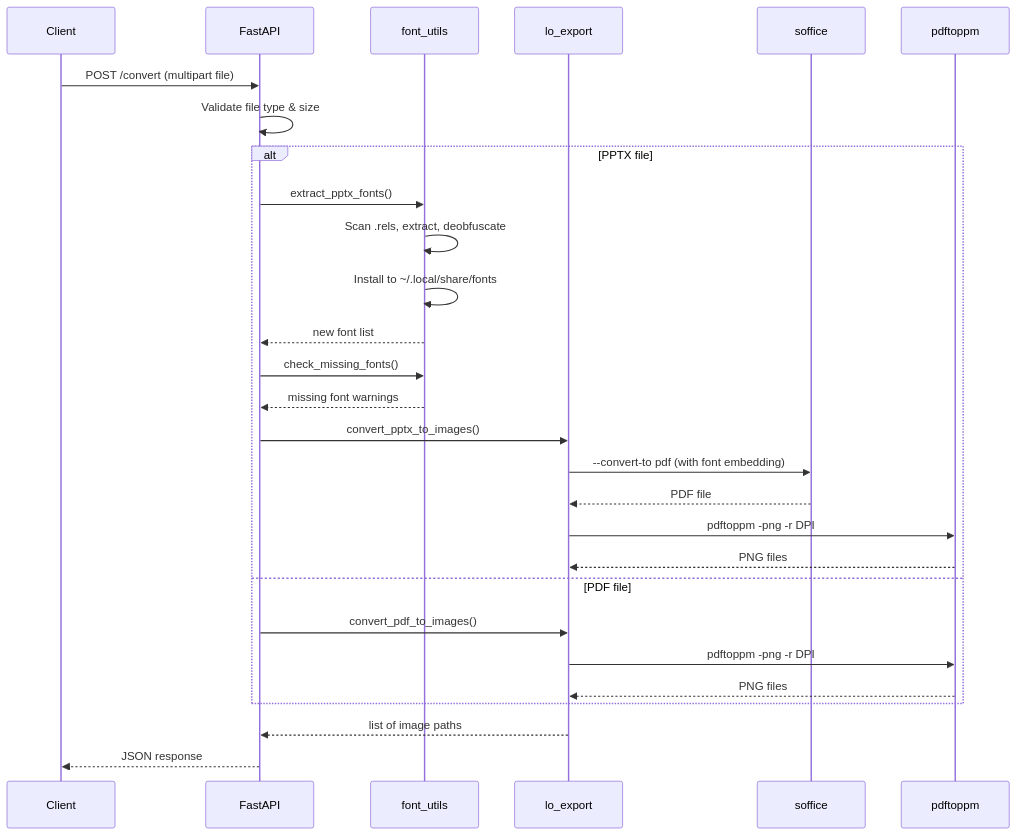
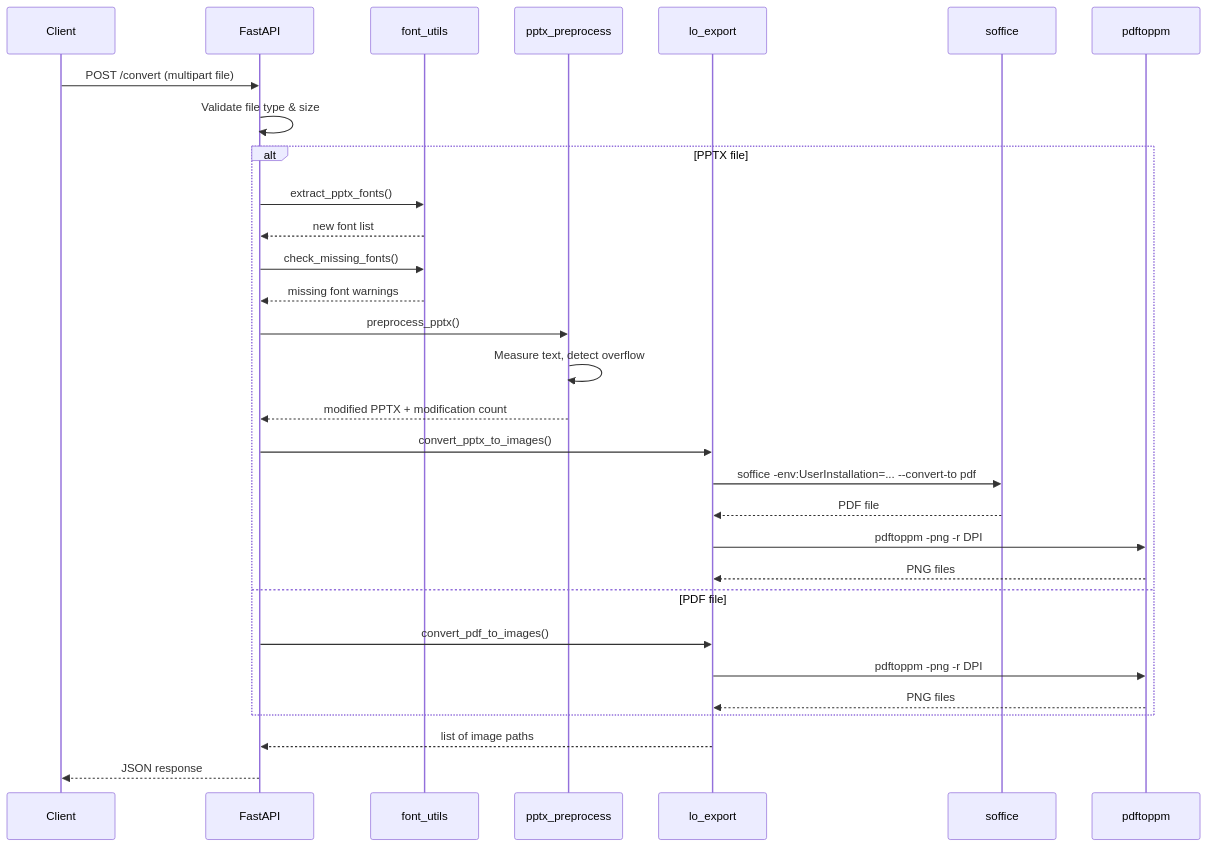
The second of 2 diagrams in docs/architecture.md (tjrtm/pptx-pdf-2-png-daemon), drawn with Mermaid before and after one commit. The commit also changed other lines of this file and 7 other files, not shown here.

First line of the commit message:
v2.1: Fix text overflow with preprocessor + font isolation + web UI

````diff
--- a/docs/architecture.md
+++ b/docs/architecture.md
@@ -115,35 +72,38 @@
 ```mermaid
 sequenceDiagram
     participant Client
     participant Server as FastAPI
     participant Fonts as font_utils
+    participant Pre as pptx_preprocess
     participant LO as lo_export
     participant LibreOffice as soffice
     participant Poppler as pdftoppm
 
     Client->>Server: POST /convert (multipart file)
     Server->>Server: Validate file type & size
 
     alt PPTX file
         Server->>Fonts: extract_pptx_fonts()
-        Fonts->>Fonts: Scan .rels, extract, deobfuscate
-        Fonts->>Fonts: Install to ~/.local/share/fonts
         Fonts-->>Server: new font list
 
         Server->>Fonts: check_missing_fonts()
         Fonts-->>Server: missing font warnings
 
+        Server->>Pre: preprocess_pptx()
+        Pre->>Pre: Measure text, detect overflow
+        Pre-->>Server: modified PPTX + modification count
+
         Server->>LO: convert_pptx_to_images()
-        LO->>LibreOffice: --convert-to pdf (with font embedding)
+        LO->>LibreOffice: soffice -env:UserInstallation=... --convert-to pdf
         LibreOffice-->>LO: PDF file
         LO->>Poppler: pdftoppm -png -r DPI
         Poppler-->>LO: PNG files
     else PDF file
         Server->>LO: convert_pdf_to_images()
         LO->>Poppler: pdftoppm -png -r DPI
         Poppler-->>LO: PNG files
     end
 
     LO-->>Server: list of image paths
     Server-->>Client: JSON response
 ```
````
